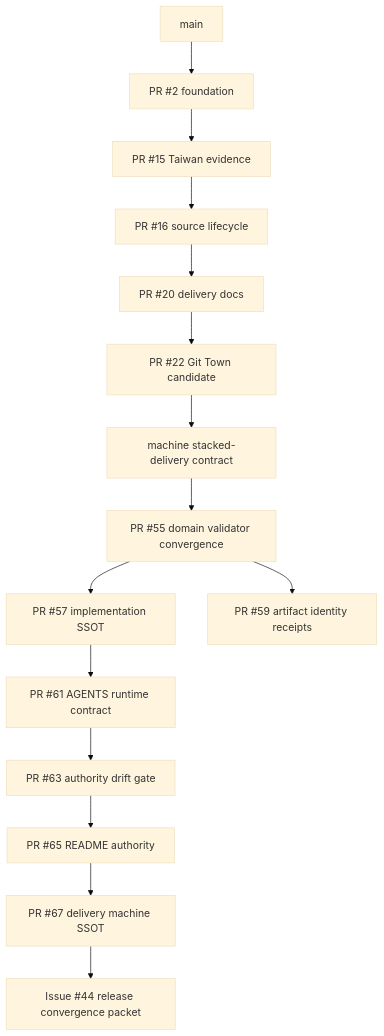
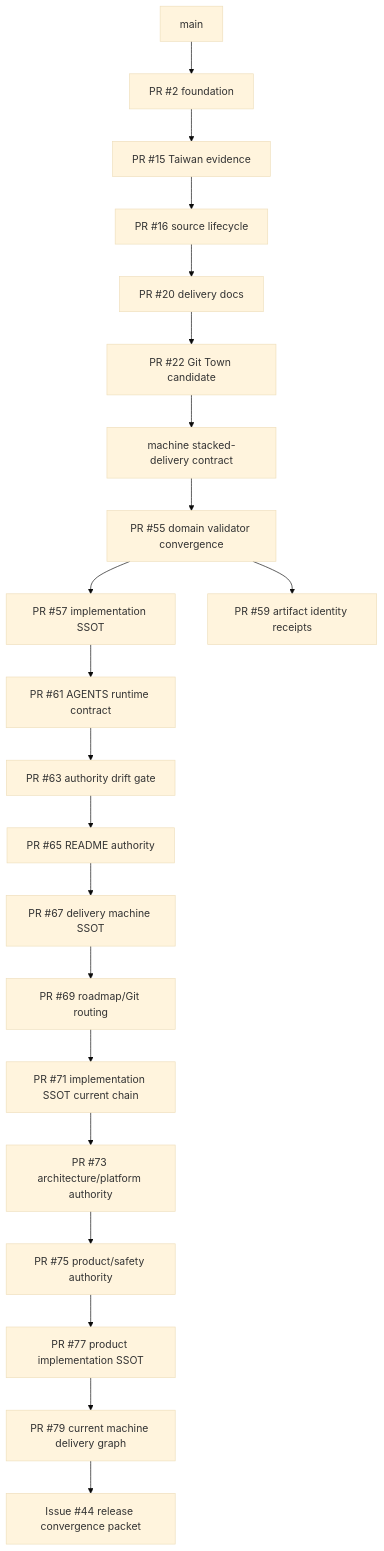
The diagram in docs/git/STACKED_PRS.md (ed3c/gym-come-true), drawn with Mermaid (base theme) before and after one commit. The commit also changed other lines of this file, not shown here.

Commit message:
docs: advance stacked PR graph through X14

````diff
--- a/docs/git/STACKED_PRS.md
+++ b/docs/git/STACKED_PRS.md
@@ -28,22 +29,28 @@
 ```mermaid
 flowchart TB
     MAIN[main]
     S0[PR #2 foundation]
     S1[PR #15 Taiwan evidence]
     S2[PR #16 source lifecycle]
     S3[PR #20 delivery docs]
     S4[PR #22 Git Town candidate]
     S5[machine stacked-delivery contract]
     X2[PR #55 domain validator convergence]
     X3[PR #57 implementation SSOT]
     X4[PR #59 artifact identity receipts]
     X5[PR #61 AGENTS runtime contract]
     X6[PR #63 authority drift gate]
     X7[PR #65 README authority]
     X8[PR #67 delivery machine SSOT]
+    X9[PR #69 roadmap/Git routing]
+    X10[PR #71 implementation SSOT current chain]
+    X11[PR #73 architecture/platform authority]
+    X12[PR #75 product/safety authority]
+    X13[PR #77 product implementation SSOT]
+    X14[PR #79 current machine delivery graph]
     G1[Issue #44 release convergence packet]
 
     MAIN --> S0 --> S1 --> S2 --> S3 --> S4 --> S5 --> X2
-    X2 --> X3 --> X5 --> X6 --> X7 --> X8 --> G1
+    X2 --> X3 --> X5 --> X6 --> X7 --> X8 --> X9 --> X10 --> X11 --> X12 --> X13 --> X14 --> G1
     X2 --> X4
 ```
````
